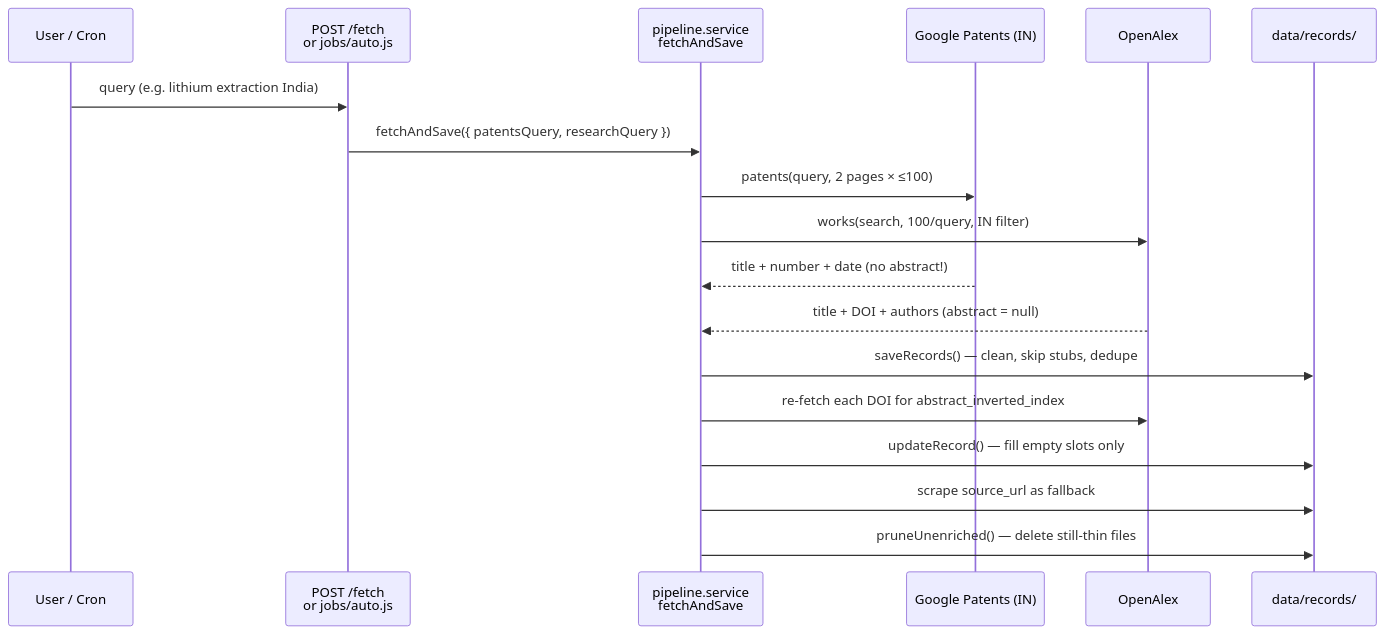
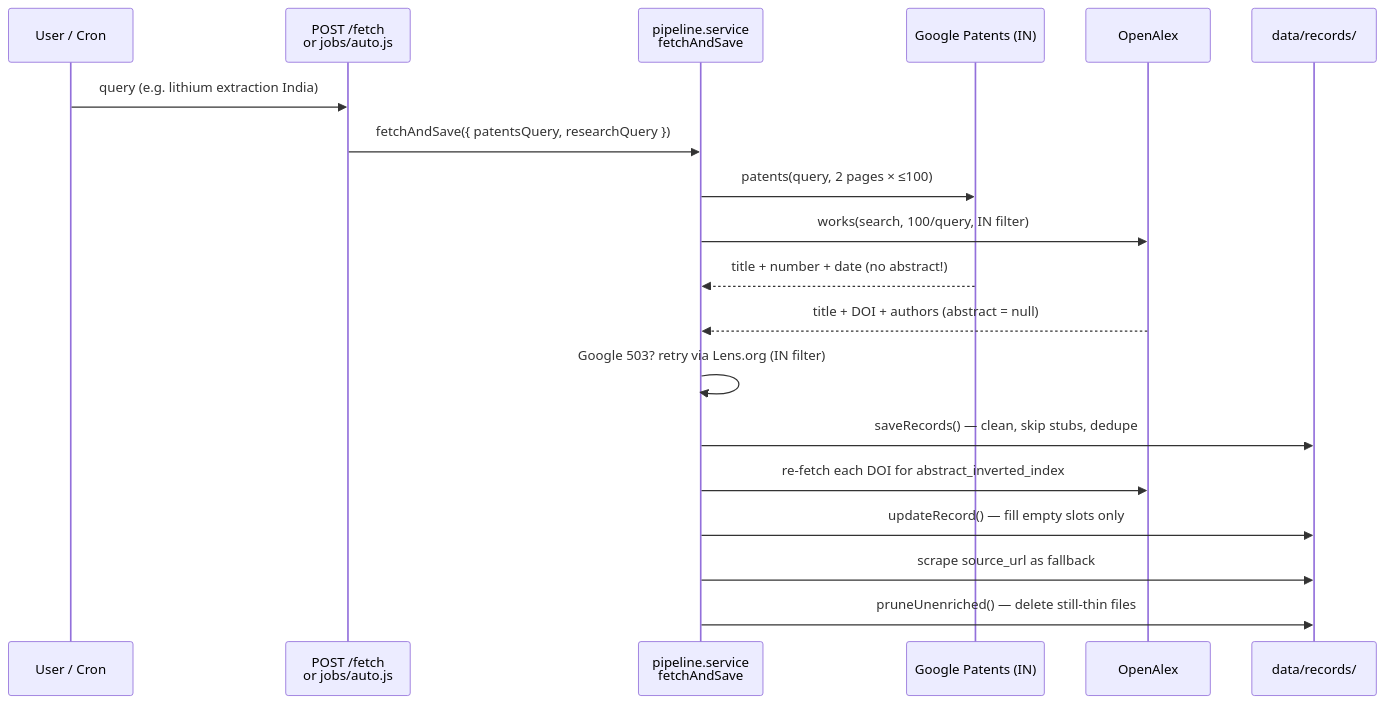
Before and after one commit to manishmandia133/Minerals: the second of 4 diagrams in mineral_intel-node/README.md, drawn with Mermaid. The commit also changed other lines of this file and 5 other files, not shown here.

````diff
--- a/mineral_intel-node/README.md
+++ b/mineral_intel-node/README.md
@@ -53,20 +54,21 @@
 ```mermaid
 sequenceDiagram
     participant U as User / Cron
     participant S as POST /fetch<br/>or jobs/auto.js
     participant PL as pipeline.service<br/>fetchAndSave
     participant P as Google Patents (IN)
     participant O as OpenAlex
     participant ST as data/records/
     U->>S: query (e.g. lithium extraction India)
     S->>PL: fetchAndSave({ patentsQuery, researchQuery })
     PL->>P: patents(query, 2 pages × ≤100)
     PL->>O: works(search, 100/query, IN filter)
     P-->>PL: title + number + date (no abstract!)
     O-->>PL: title + DOI + authors (abstract = null)
+    PL->>PL: Google 503? retry via Lens.org (IN filter)
     PL->>ST: saveRecords() — clean, skip stubs, dedupe
     PL->>O: re-fetch each DOI for abstract_inverted_index
     PL->>ST: updateRecord() — fill empty slots only
     PL->>ST: scrape source_url as fallback
     PL->>ST: pruneUnenriched() — delete still-thin files
 ```
````
